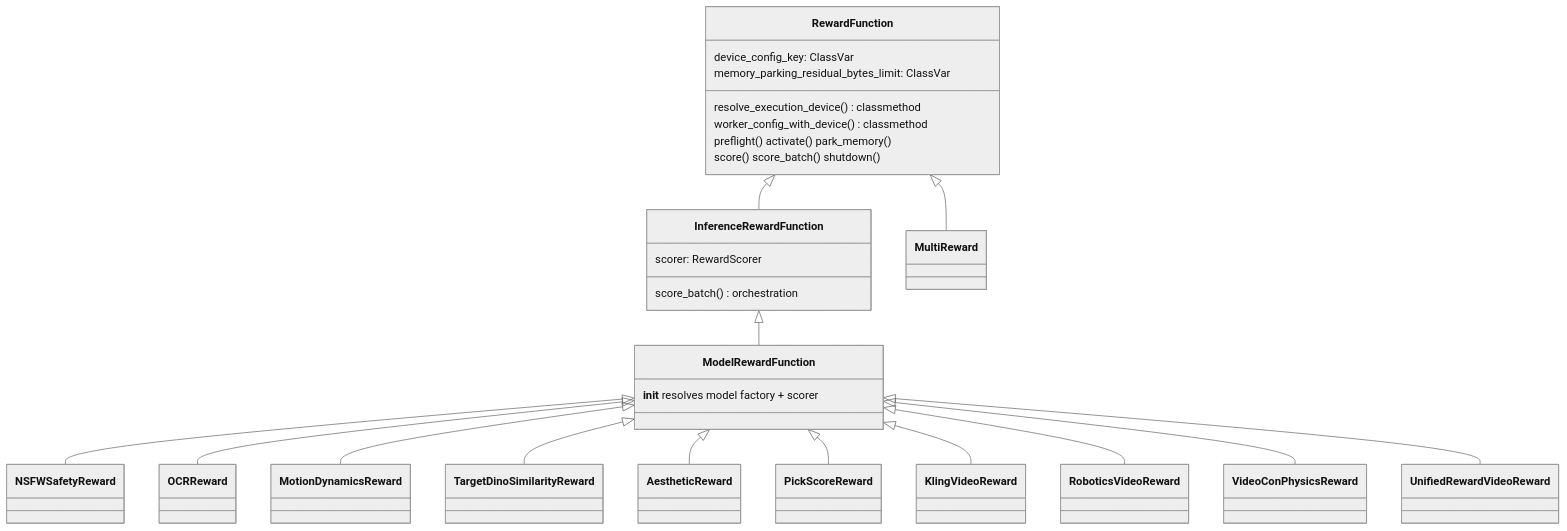
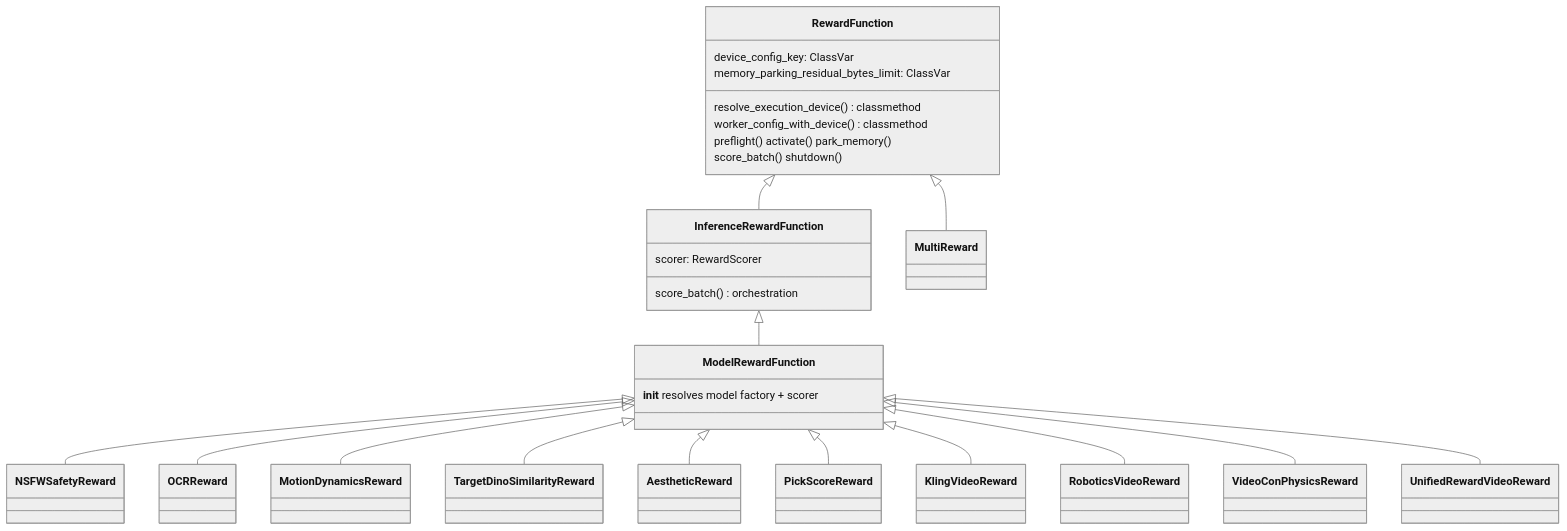
The third of 3 diagrams in docs/ENGINE_ARCHITECTURE.md (guoriyue/VRL), drawn with Mermaid (neutral theme) before and after one commit. The commit also changed 7 other files, not shown here.

First line of the commit message:
rewards: score_batch is the one scoring entry point

````diff
--- a/docs/ENGINE_ARCHITECTURE.md
+++ b/docs/ENGINE_ARCHITECTURE.md
@@ -209,31 +209,31 @@
 ```mermaid
 classDiagram
     class RewardFunction {
         device_config_key: ClassVar
         memory_parking_residual_bytes_limit: ClassVar
         resolve_execution_device() classmethod
         worker_config_with_device() classmethod
         preflight() activate() park_memory()
-        score() score_batch() shutdown()
+        score_batch() shutdown()
     }
     class InferenceRewardFunction {
         scorer: RewardScorer
         score_batch() orchestration
     }
     class ModelRewardFunction {
         __init__ resolves model factory + scorer
     }
     RewardFunction <|-- InferenceRewardFunction
     InferenceRewardFunction <|-- ModelRewardFunction
     RewardFunction <|-- MultiReward
     ModelRewardFunction <|-- NSFWSafetyReward
     ModelRewardFunction <|-- OCRReward
     ModelRewardFunction <|-- MotionDynamicsReward
     ModelRewardFunction <|-- TargetDinoSimilarityReward
     ModelRewardFunction <|-- AestheticReward
     ModelRewardFunction <|-- PickScoreReward
     ModelRewardFunction <|-- KlingVideoReward
     ModelRewardFunction <|-- RoboticsVideoReward
     ModelRewardFunction <|-- VideoConPhysicsReward
     ModelRewardFunction <|-- UnifiedRewardVideoReward
 ```
````
